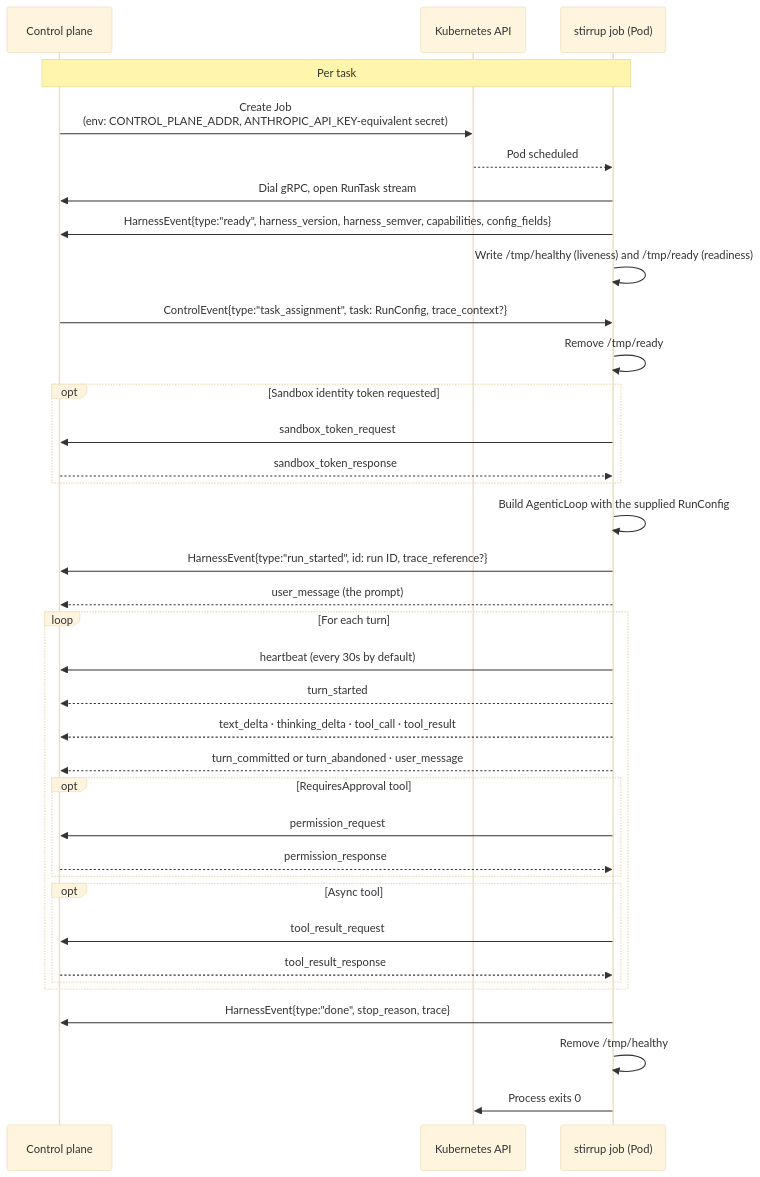
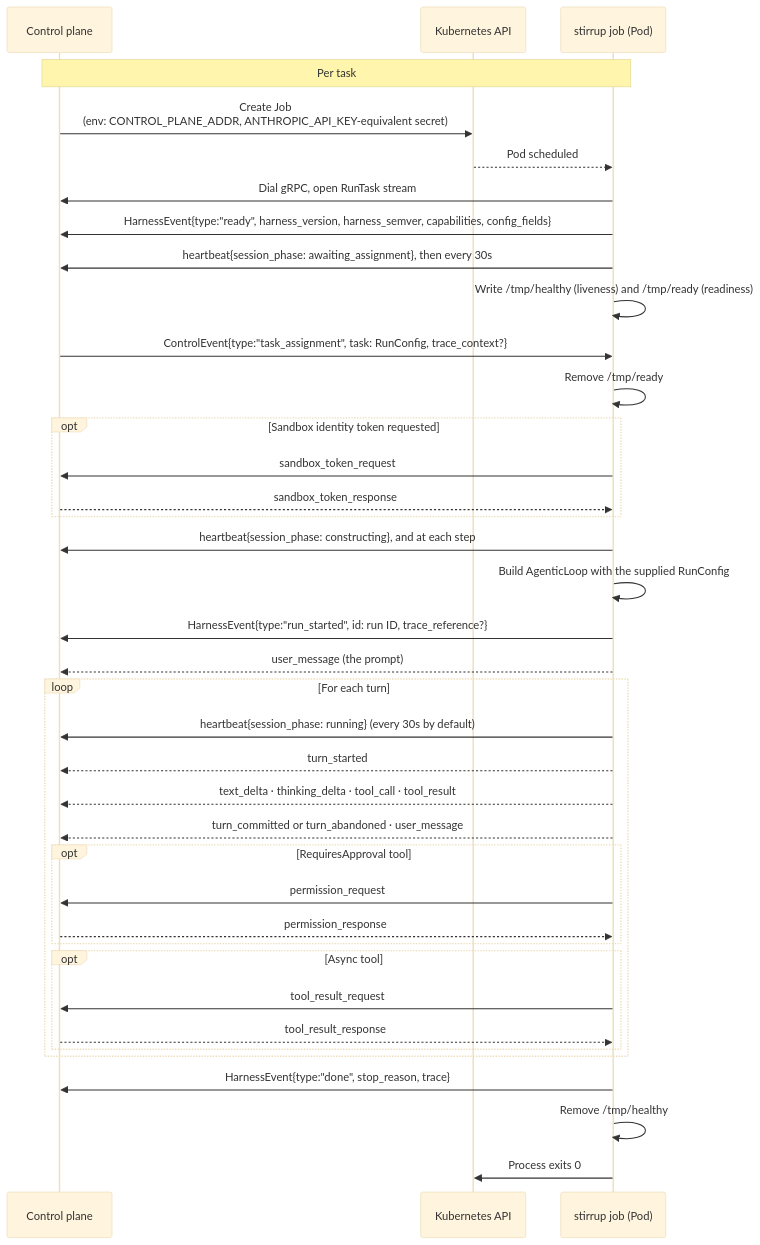
Before and after one commit to rxbynerd/stirrup: the diagram in docs/deployment.md, drawn with Mermaid (base theme). The commit also changed other lines of this file and 7 other files, not shown here.

First line of the commit message:
docs: describe session heartbeats and per-phase reap deadlines

````diff
--- a/docs/deployment.md
+++ b/docs/deployment.md
@@ -11,38 +11,40 @@
 ```mermaid
 sequenceDiagram
     participant CP as Control plane
     participant K as Kubernetes API
     participant H as stirrup job (Pod)
     Note over CP,H: Per task
     CP->>K: Create Job<br/>(env: CONTROL_PLANE_ADDR, ANTHROPIC_API_KEY-equivalent secret)
     K-->>H: Pod scheduled
     H->>CP: Dial gRPC, open RunTask stream
     H->>CP: HarnessEvent{type:"ready", harness_version, harness_semver, capabilities, config_fields}
+    H->>CP: heartbeat{session_phase: awaiting_assignment}, then every 30s
     H->>H: Write /tmp/healthy (liveness) and /tmp/ready (readiness)
     CP->>H: ControlEvent{type:"task_assignment", task: RunConfig, trace_context?}
     H->>H: Remove /tmp/ready
     opt Sandbox identity token requested
         H->>CP: sandbox_token_request
         CP-->>H: sandbox_token_response
     end
+    H->>CP: heartbeat{session_phase: constructing}, and at each step
     H->>H: Build AgenticLoop with the supplied RunConfig
     H->>CP: HarnessEvent{type:"run_started", id: run ID, trace_reference?}
     H-->>CP: user_message (the prompt)
     loop For each turn
-        H->>CP: heartbeat (every 30s by default)
+        H->>CP: heartbeat{session_phase: running} (every 30s by default)
         H-->>CP: turn_started
         H-->>CP: text_delta · thinking_delta · tool_call · tool_result
         H-->>CP: turn_committed or turn_abandoned · user_message
         opt RequiresApproval tool
             H->>CP: permission_request
             CP-->>H: permission_response
         end
         opt Async tool
             H->>CP: tool_result_request
             CP-->>H: tool_result_response
         end
     end
     H->>CP: HarnessEvent{type:"done", stop_reason, trace}
     H->>H: Remove /tmp/healthy
     H->>K: Process exits 0
 ```
````
